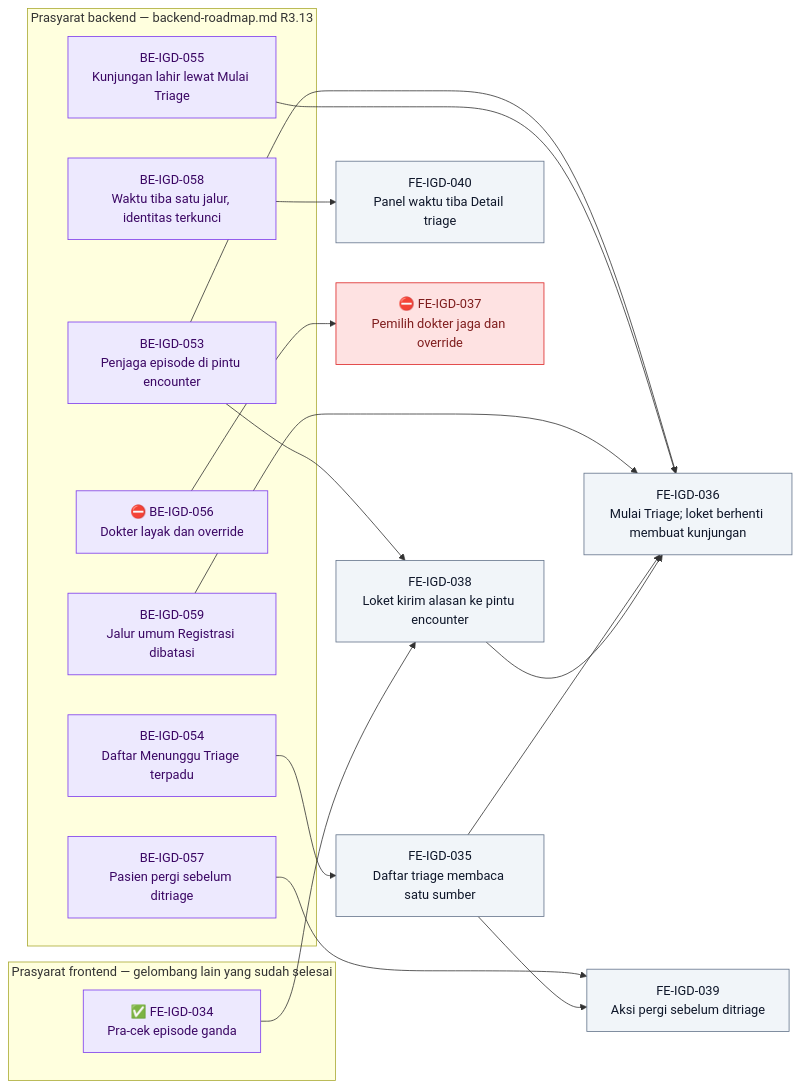
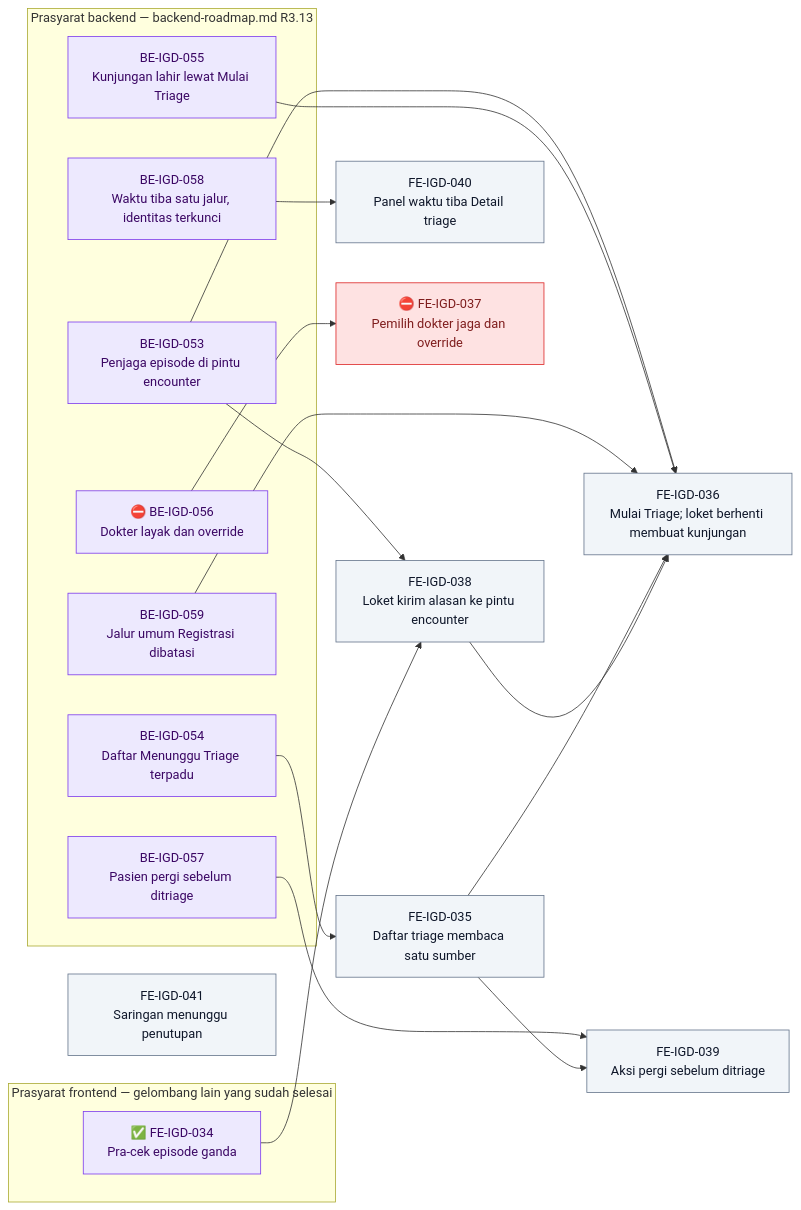
One commit to DevBenari/NewQuilvianSystemBackend changed diagram 11 of 11 in docs/module-blueprints/igd/roadmap/frontend-roadmap.md. Above: the diagram before and after it, drawn with Mermaid. The commit also changed other lines of this file and 17 other files, not shown here.

````diff
--- a/docs/module-blueprints/igd/roadmap/frontend-roadmap.md
+++ b/docs/module-blueprints/igd/roadmap/frontend-roadmap.md
@@ -1256,42 +1257,43 @@
 ```mermaid
 flowchart LR
     classDef selesai fill:#DCFCE7,stroke:#16A34A,color:#14532D
     classDef sebagian fill:#FEF9C3,stroke:#CA8A04,color:#713F12
     classDef terblokir fill:#FEE2E2,stroke:#DC2626,color:#7F1D1D
     classDef belum fill:#F1F5F9,stroke:#64748B,color:#0F172A
     classDef luar fill:#EDE9FE,stroke:#7C3AED,color:#3B0764
 
     subgraph backend["Prasyarat backend — backend-roadmap.md R3.13"]
         BEIGD053["BE-IGD-053<br/>Penjaga episode di pintu encounter"]:::luar
         BEIGD054["BE-IGD-054<br/>Daftar Menunggu Triage terpadu"]:::luar
         BEIGD055["BE-IGD-055<br/>Kunjungan lahir lewat Mulai Triage"]:::luar
         BEIGD056["⛔ BE-IGD-056<br/>Dokter layak dan override"]:::luar
         BEIGD057["BE-IGD-057<br/>Pasien pergi sebelum ditriage"]:::luar
         BEIGD058["BE-IGD-058<br/>Waktu tiba satu jalur, identitas terkunci"]:::luar
         BEIGD059["BE-IGD-059<br/>Jalur umum Registrasi dibatasi"]:::luar
     end
 
     subgraph frontendlain["Prasyarat frontend — gelombang lain yang sudah selesai"]
         FEIGD034["✅ FE-IGD-034<br/>Pra-cek episode ganda"]:::luar
     end
 
     FEIGD035["FE-IGD-035<br/>Daftar triage membaca satu sumber"]:::belum
     FEIGD038["FE-IGD-038<br/>Loket kirim alasan ke pintu encounter"]:::belum
     FEIGD040["FE-IGD-040<br/>Panel waktu tiba Detail triage"]:::belum
+    FEIGD041["FE-IGD-041<br/>Saringan menunggu penutupan"]:::belum
     FEIGD039["FE-IGD-039<br/>Aksi pergi sebelum ditriage"]:::belum
     FEIGD036["FE-IGD-036<br/>Mulai Triage; loket berhenti membuat kunjungan"]:::belum
     FEIGD037["⛔ FE-IGD-037<br/>Pemilih dokter jaga dan override"]:::terblokir
 
     BEIGD054 --> FEIGD035
     BEIGD053 --> FEIGD038
     FEIGD034 --> FEIGD038
     BEIGD058 --> FEIGD040
     BEIGD057 --> FEIGD039
     FEIGD035 --> FEIGD039
     BEIGD053 --> FEIGD036
     BEIGD055 --> FEIGD036
     BEIGD059 --> FEIGD036
     FEIGD035 --> FEIGD036
     FEIGD038 --> FEIGD036
     BEIGD056 --> FEIGD037
 ```
````
